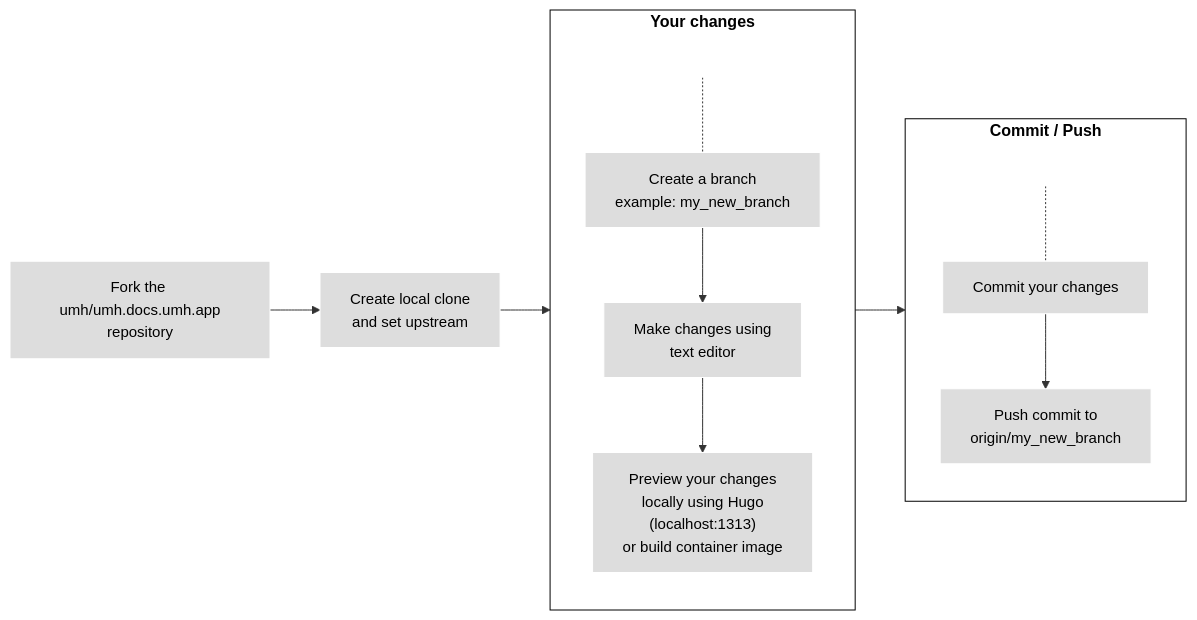
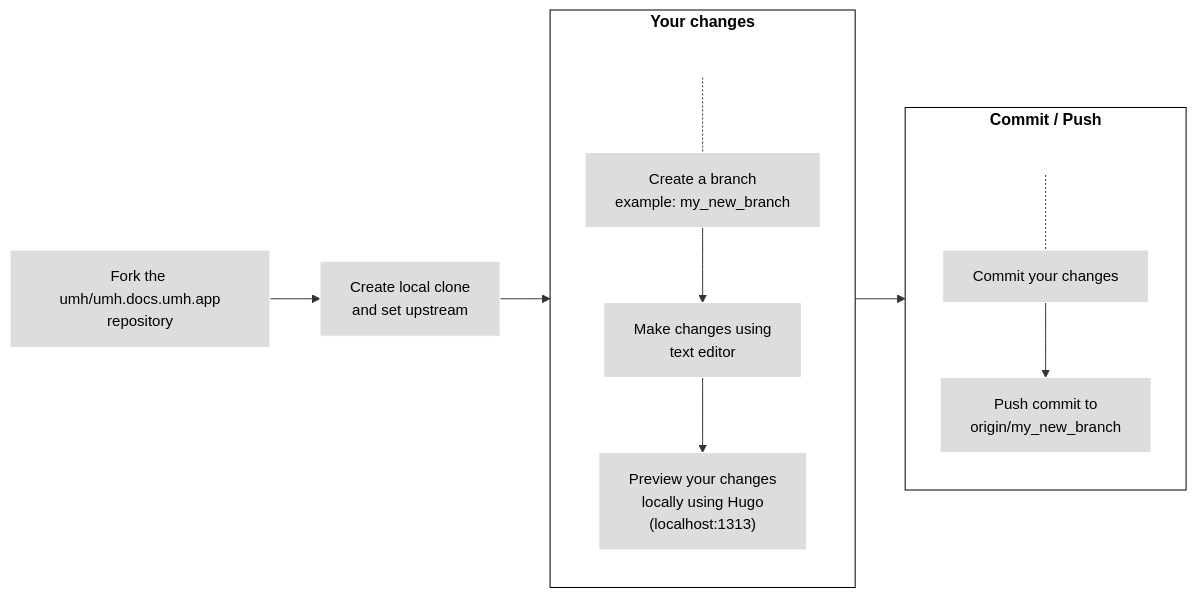
One commit to united-manufacturing-hub/umh.docs.umh.app changed the second of 3 diagrams in umh.docs.umh.app/content/en/docs/development/contribute/new-content/add-documentation.md. Above: the diagram before and after it, drawn with Mermaid. The commit also changed other lines of this file and 3 other files, not shown here.

```diff
--- a/umh.docs.umh.app/content/en/docs/development/contribute/new-content/add-documentation.md
+++ b/umh.docs.umh.app/content/en/docs/development/contribute/new-content/add-documentation.md
@@ -143,24 +144,24 @@
 {{< mermaid >}}
 flowchart LR
 1[Fork the umh/umh.docs.umh.app<br>repository] --> 2[Create local clone<br>and set upstream]
 subgraph changes[Your changes]
 direction TB
 S[ ] -.-
-3[Create a branch<br>example: my_new_branch] --> 3a[Make changes using<br>text editor] --> 4["Preview your changes<br>locally using Hugo<br>(localhost:1313)<br>or build container image"]
+3[Create a branch<br>example: my_new_branch] --> 3a[Make changes using<br>text editor] --> 4["Preview your changes<br>locally using Hugo<br>(localhost:1313)"]
 end
 subgraph changes2[Commit / Push]
 direction TB
 T[ ] -.-
 5[Commit your changes] --> 6[Push commit to<br>origin/my_new_branch]
 end
 
 2 --> changes --> changes2
 
 classDef grey fill:#dddddd,stroke:#ffffff,stroke-width:px,color:#000000, font-size:15px;
 classDef white fill:#ffffff,stroke:#000,stroke-width:px,color:#000,font-weight:bold
 classDef k8s fill:#326ce5,stroke:#fff,stroke-width:1px,color:#fff;
 classDef spacewhite fill:#ffffff,stroke:#fff,stroke-width:0px,color:#000
 class 1,2,3,3a,4,5,6 grey
 class S,T spacewhite
 class changes,changes2 white
 {{</ mermaid >}}
```
